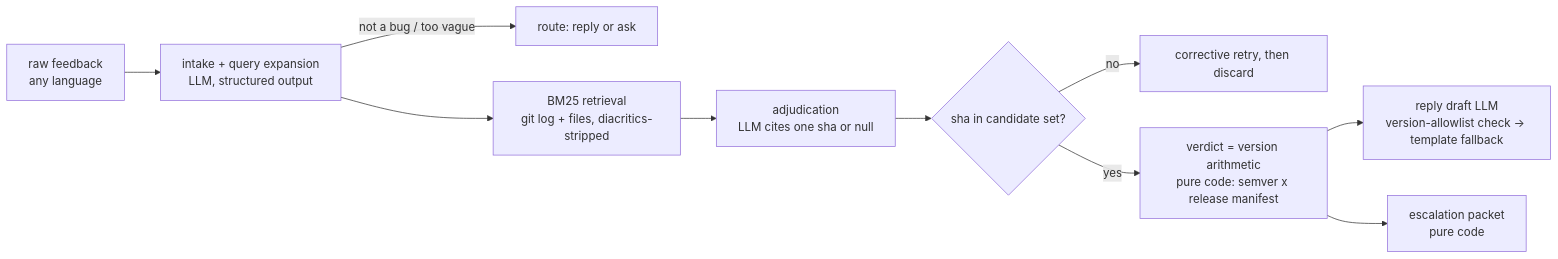
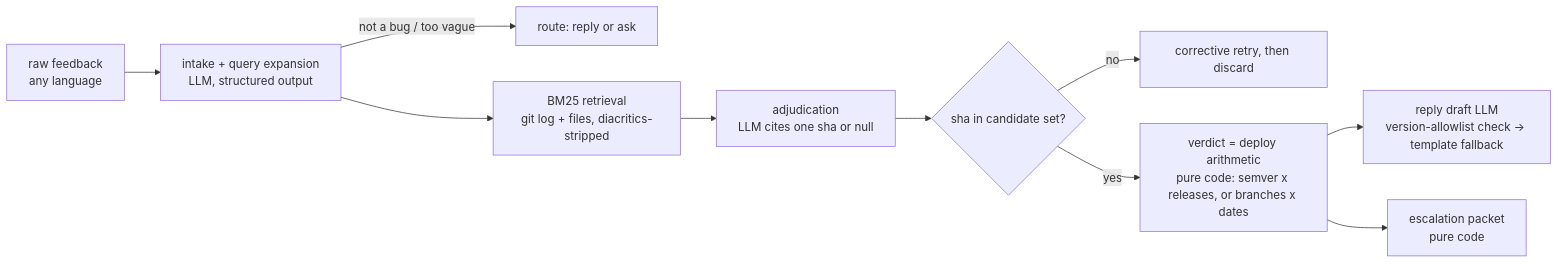
One commit to BenjaSchindler/landed changed the diagram in DESIGN.md. Above: the diagram before and after it, drawn with Mermaid. The commit also changed other lines of this file and 1 other file, not shown here.

````diff
--- a/DESIGN.md
+++ b/DESIGN.md
@@ -74,12 +85,12 @@
 ```mermaid
 flowchart LR
     F[raw feedback\nany language] --> I[intake + query expansion\nLLM, structured output]
     I -->|not a bug / too vague| T[route: reply or ask]
     I --> S[BM25 retrieval\ngit log + files, diacritics-stripped]
     S --> A[adjudication\nLLM cites one sha or null]
     A --> G{sha in candidate set?}
     G -->|no| G2[corrective retry, then discard]
-    G -->|yes| V[verdict = version arithmetic\npure code: semver x release manifest]
+    G -->|yes| V[verdict = deploy arithmetic\npure code: semver x releases, or branches x dates]
     V --> R[reply draft LLM\nversion-allowlist check -> template fallback]
     V --> P[escalation packet\npure code]
 ```
````
